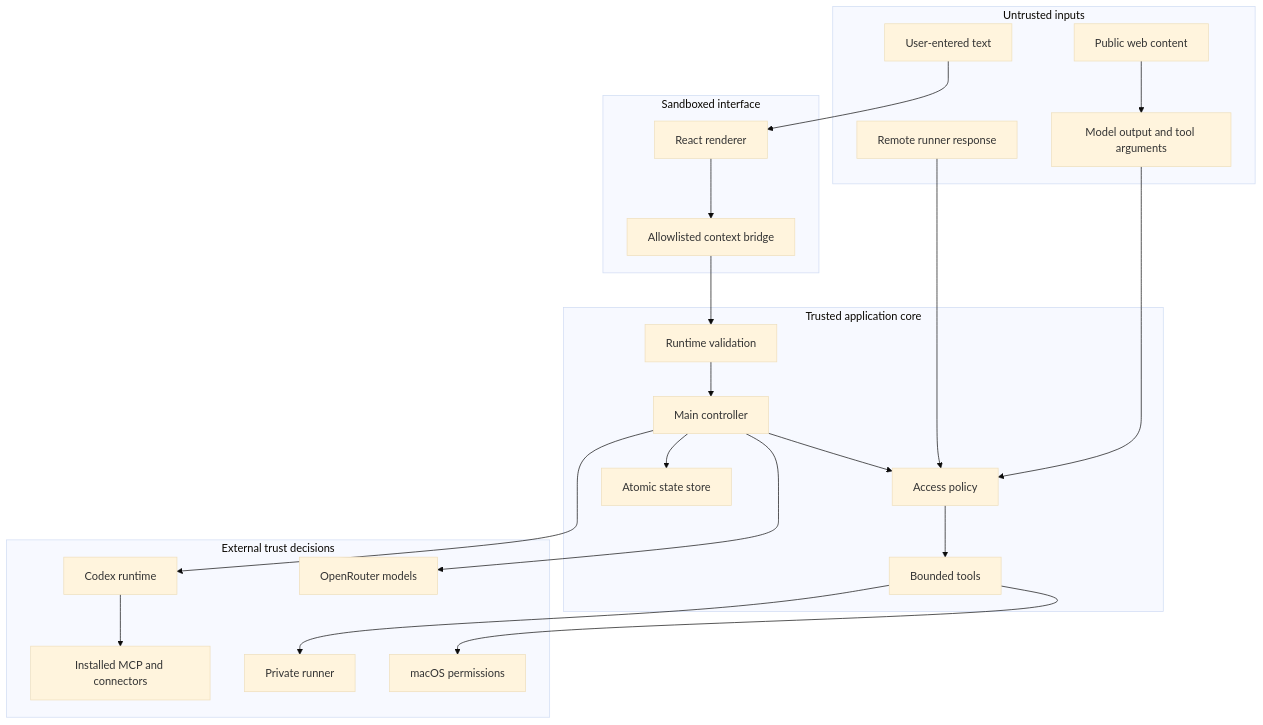
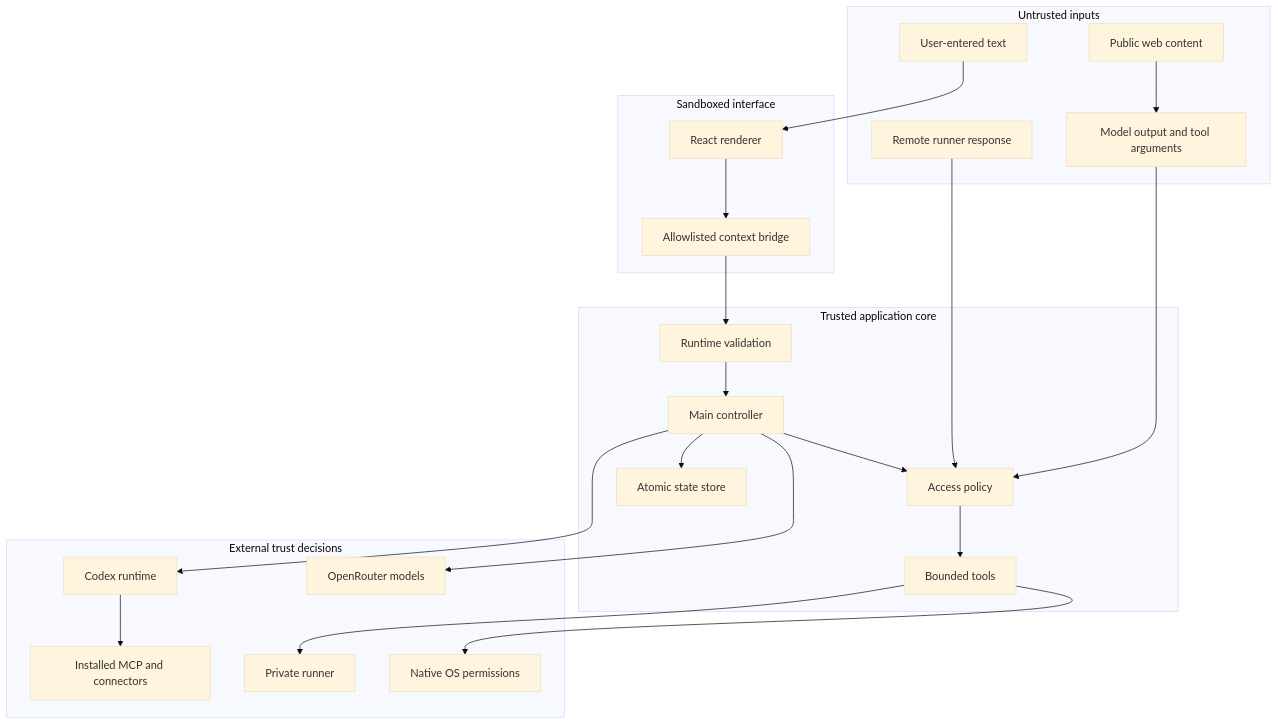
One commit to ferreiratechnology2025-max/grokky-clean changed the diagram in docs/SECURITY.md. Above: the diagram before and after it, drawn with Mermaid (base theme). The commit also changed other lines of this file and 17 other files, not shown here.

Commit message:
Ship native macOS and Windows packages

````diff
--- a/docs/SECURITY.md
+++ b/docs/SECURITY.md
@@ -33,46 +33,46 @@
 ```mermaid
 flowchart TB
   subgraph Untrusted inputs
     USER[User-entered text]
     MODEL[Model output and tool arguments]
     PAGE[Public web content]
     REMOTERESPONSE[Remote runner response]
   end
 
   subgraph Sandboxed interface
     UI[React renderer]
     PRELOAD[Allowlisted context bridge]
   end
 
   subgraph Trusted application core
     IPC[Runtime validation]
     CONTROLLER[Main controller]
     ACCESS[Access policy]
     TOOLS[Bounded tools]
     STORE[Atomic state store]
   end
 
   subgraph External trust decisions
     CODEX[Codex runtime]
     OPENROUTER[OpenRouter models]
     MCP[Installed MCP and connectors]
     RUNNER[Private runner]
-    OS[macOS permissions]
+    OS[Native OS permissions]
   end
 
   USER --> UI
   UI --> PRELOAD
   PRELOAD --> IPC
   MODEL --> ACCESS
   PAGE --> MODEL
   REMOTERESPONSE --> ACCESS
   IPC --> CONTROLLER
   CONTROLLER --> ACCESS
   ACCESS --> TOOLS
   CONTROLLER --> STORE
   CONTROLLER --> CODEX
   CONTROLLER --> OPENROUTER
   CODEX --> MCP
   TOOLS --> RUNNER
   TOOLS --> OS
 ```
````
